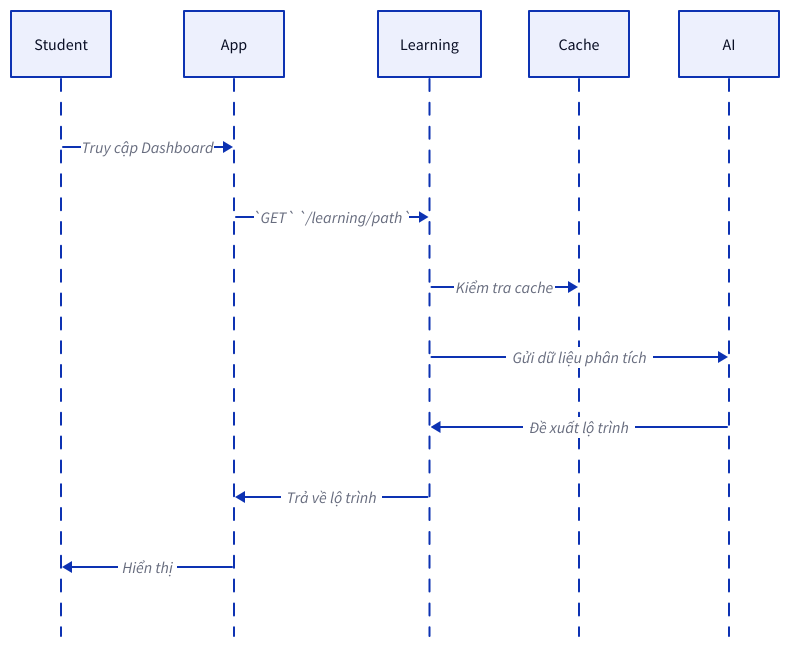
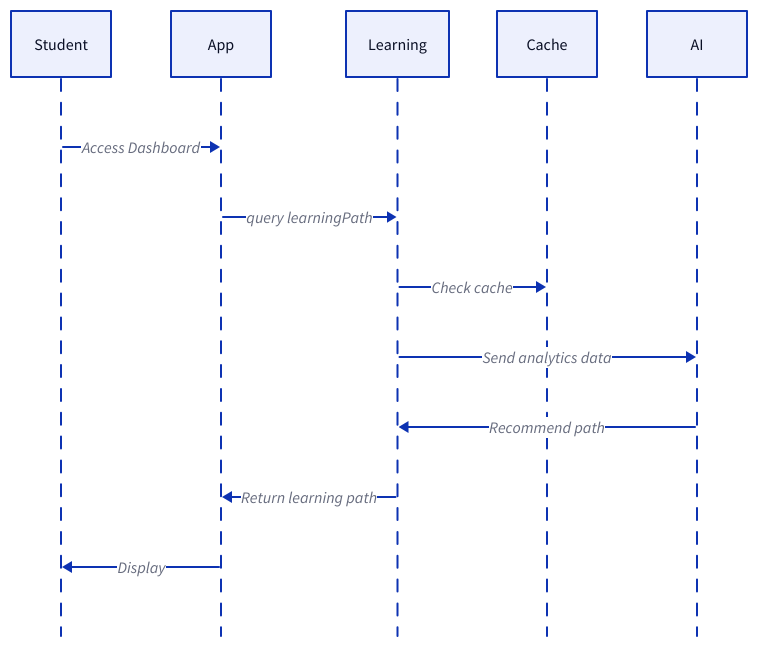
Before and after one commit to philongdanh/lms: the second of 3 diagrams in blueprint/architecture/system-design.md, drawn with D2. The commit also changed other lines of this file and 10 other files, not shown here.

````diff
--- a/blueprint/architecture/system-design.md
+++ b/blueprint/architecture/system-design.md
@@ -88,12 +88,12 @@
 ```d2
 shape: sequence_diagram
 direction: right
 
-Student -> App: Truy cập Dashboard
-App -> Learning: `GET` `/learning/path`
-Learning -> Cache: Kiểm tra cache
-Learning -> AI: Gửi dữ liệu phân tích
-AI -> Learning: Đề xuất lộ trình
-Learning -> App: Trả về lộ trình
-App -> Student: Hiển thị
+Student -> App: Access Dashboard
+App -> Learning: query learningPath
+Learning -> Cache: Check cache
+Learning -> AI: Send analytics data
+AI -> Learning: Recommend path
+Learning -> App: Return learning path
+App -> Student: Display
 ```
````
